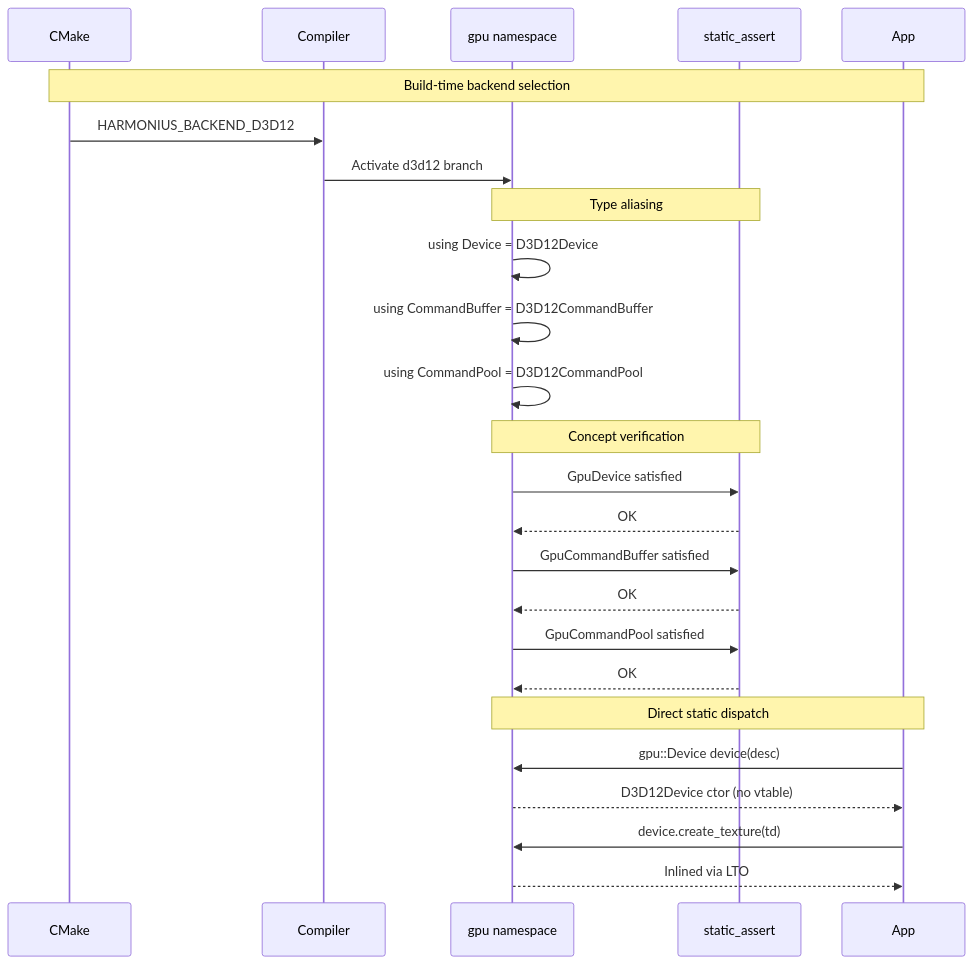
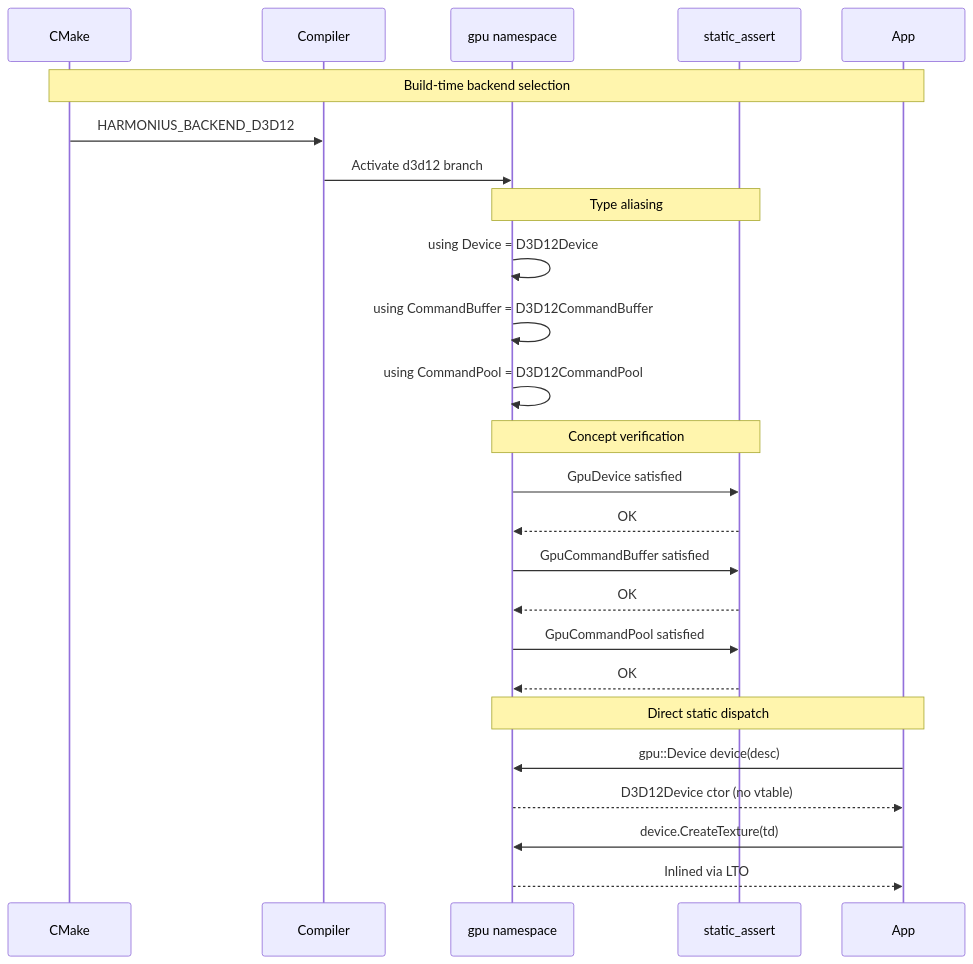
Diagram 15 of 17 in docs/design/gpu-backend-interface-classes.md (harmonius-dev/harmonius), drawn with Mermaid before and after one commit. The commit also changed other lines of this file and 67 other files, not shown here.

````diff
--- a/docs/design/gpu-backend-interface-classes.md
+++ b/docs/design/gpu-backend-interface-classes.md
@@ -968,31 +968,31 @@
 ```mermaid
 sequenceDiagram
     participant CMake
     participant Compiler
     participant NS as gpu namespace
     participant SA as static_assert
     participant App
 
     Note over CMake,App: Build-time backend selection
     CMake->>Compiler: HARMONIUS_BACKEND_D3D12
     Compiler->>NS: Activate d3d12 branch
 
     Note over NS,SA: Type aliasing
     NS->>NS: using Device = D3D12Device
     NS->>NS: using CommandBuffer = D3D12CommandBuffer
     NS->>NS: using CommandPool = D3D12CommandPool
 
     Note over NS,SA: Concept verification
     NS->>SA: GpuDevice satisfied
     SA-->>NS: OK
     NS->>SA: GpuCommandBuffer satisfied
     SA-->>NS: OK
     NS->>SA: GpuCommandPool satisfied
     SA-->>NS: OK
 
     Note over App,NS: Direct static dispatch
     App->>NS: gpu::Device device(desc)
     NS-->>App: D3D12Device ctor (no vtable)
-    App->>NS: device.create_texture(td)
+    App->>NS: device.CreateTexture(td)
     NS-->>App: Inlined via LTO
 ```
````
